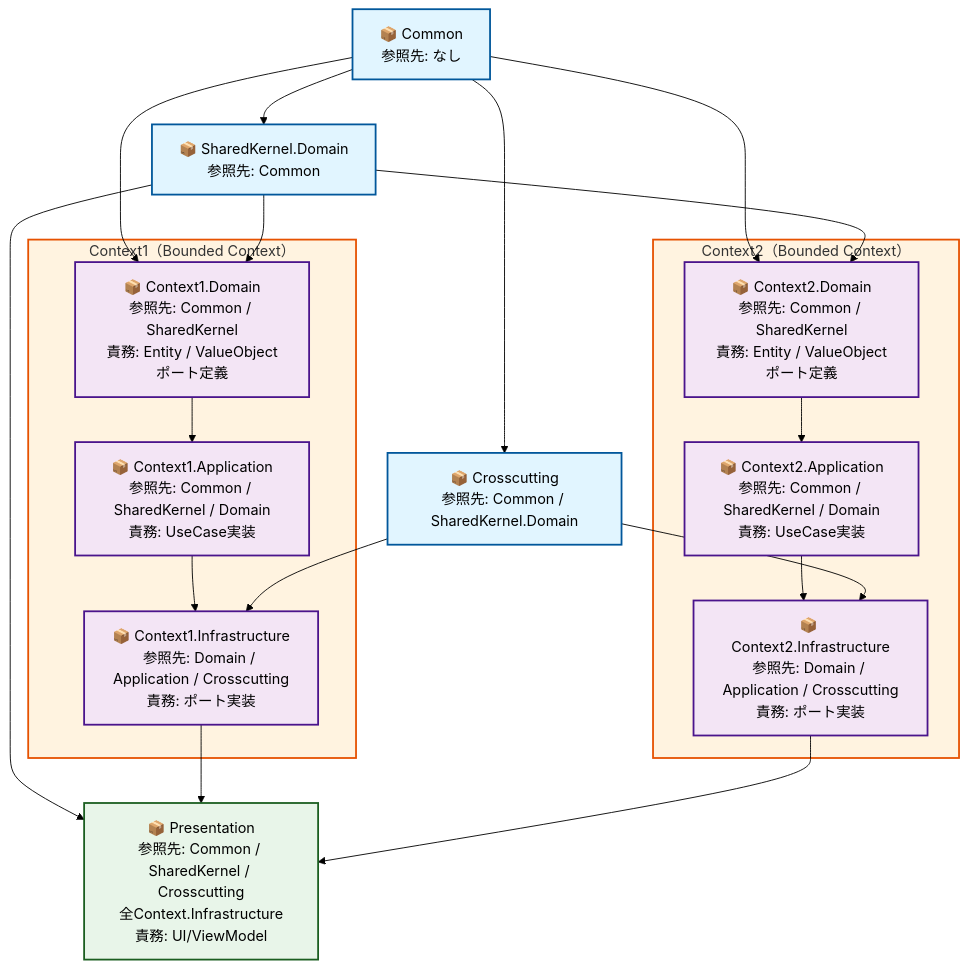
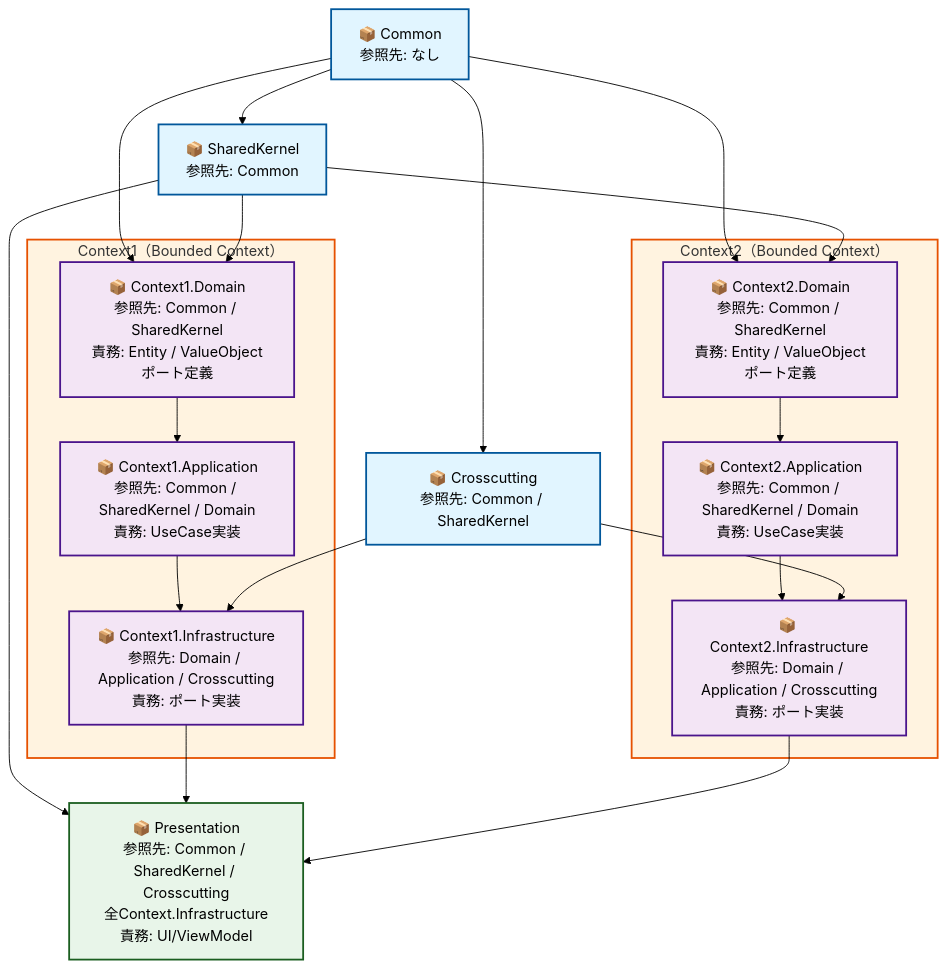
One commit to 0310-39yo/SupportAdvance changed the diagram in AGENTS.md. Above: the diagram before and after it, drawn with Mermaid (forest theme). The commit also changed other lines of this file and 5 other files, not shown here.

First line of the commit message:
SharedKernel.Domain を SharedKernel に統合・参照修正

````diff
--- a/AGENTS.md
+++ b/AGENTS.md
@@ -482,47 +482,47 @@
 ```mermaid
 graph TB
     Common["📦 Common<br/>参照先: なし"]
     
-    SK["📦 SharedKernel.Domain<br/>参照先: Common"]
-    CC["📦 Crosscutting<br/>参照先: Common / SharedKernel.Domain"]
+    SK["📦 SharedKernel<br/>参照先: Common"]
+    CC["📦 Crosscutting<br/>参照先: Common / SharedKernel"]
     
     subgraph Context1["Context1（Bounded Context）"]
         D1["📦 Context1.Domain<br/>参照先: Common / SharedKernel<br/>責務: Entity / ValueObject<br/>ポート定義"]
         A1["📦 Context1.Application<br/>参照先: Common / SharedKernel / Domain<br/>責務: UseCase実装"]
         I1["📦 Context1.Infrastructure<br/>参照先: Domain / Application / Crosscutting<br/>責務: ポート実装"]
         D1 --> A1
         A1 --> I1
     end
     
     subgraph Context2["Context2（Bounded Context）"]
         D2["📦 Context2.Domain<br/>参照先: Common / SharedKernel<br/>責務: Entity / ValueObject<br/>ポート定義"]
         A2["📦 Context2.Application<br/>参照先: Common / SharedKernel / Domain<br/>責務: UseCase実装"]
         I2["📦 Context2.Infrastructure<br/>参照先: Domain / Application / Crosscutting<br/>責務: ポート実装"]
         D2 --> A2
         A2 --> I2
     end
     
     Pres["📦 Presentation<br/>参照先: Common / SharedKernel / Crosscutting<br/>全Context.Infrastructure<br/>責務: UI/ViewModel"]
     
     Common --> SK
     Common --> CC
     Common --> D1
     Common --> D2
     SK --> D1
     SK --> D2
     SK --> Pres
     CC --> I1
     CC --> I2
     I1 --> Pres
     I2 --> Pres
     
     classDef foundation fill:#e1f5ff,stroke:#01579b,stroke-width:2px
     classDef context fill:#fff3e0,stroke:#e65100,stroke-width:2px
     classDef layer fill:#f3e5f5,stroke:#4a148c,stroke-width:2px
     classDef presentation fill:#e8f5e9,stroke:#1b5e20,stroke-width:2px
     
     class Common,SK,CC foundation
     class Context1,Context2 context
     class D1,A1,I1,D2,A2,I2 layer
     class Pres presentation
 ```
````
